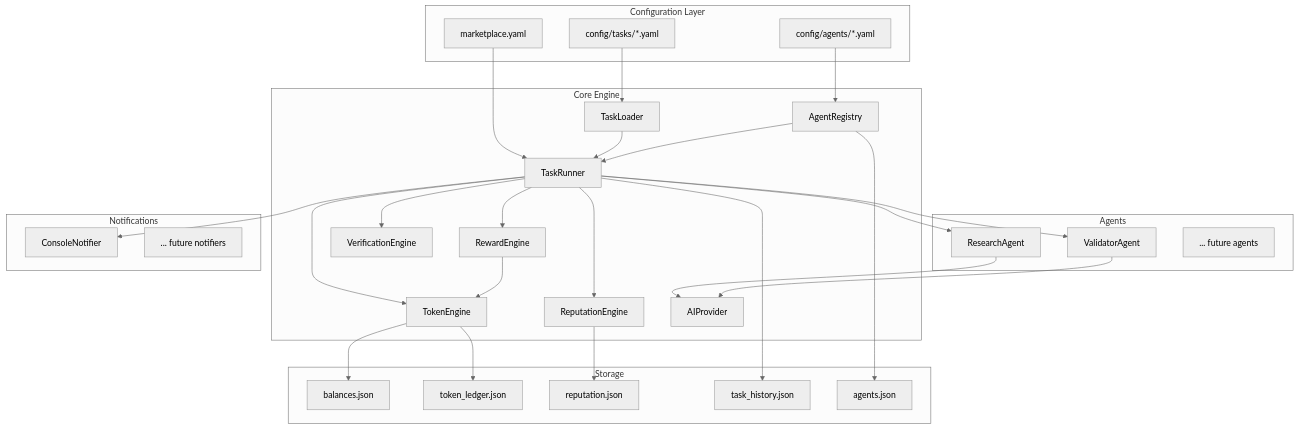
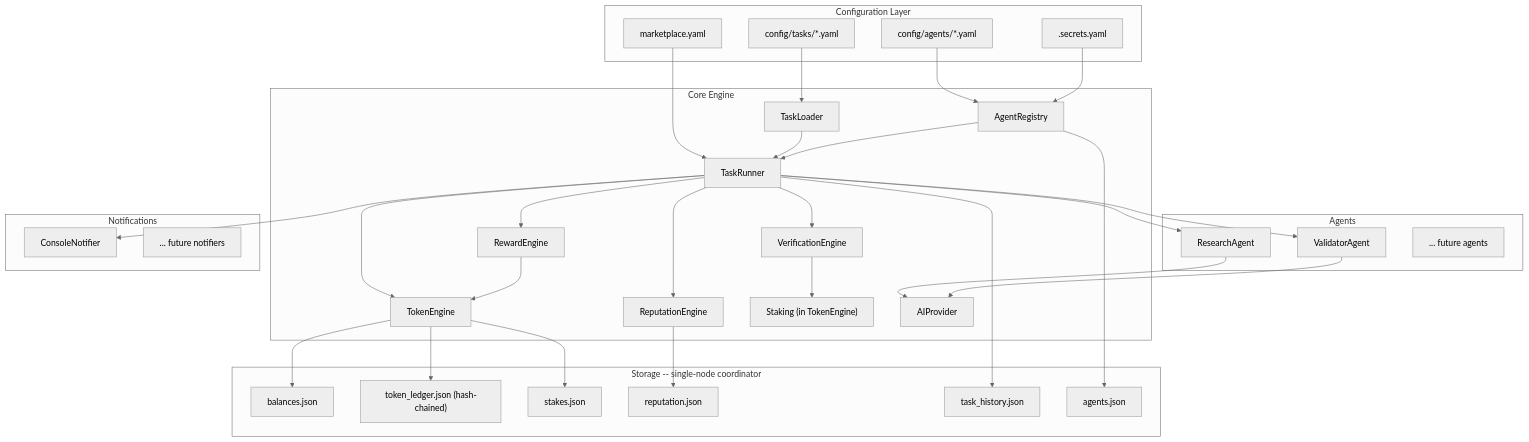
The diagram in docs/architecture.md (0110agent/agenteconomy), drawn with Mermaid (neutral theme) before and after one commit. The commit also changed other lines of this file and 8 other files, not shown here.

````diff
--- a/docs/architecture.md
+++ b/docs/architecture.md
@@ -7,63 +9,69 @@
 ```mermaid
 flowchart TD
     subgraph config [Configuration Layer]
         MktCfg["marketplace.yaml"]
         AgentCfg["config/agents/*.yaml"]
         TaskCfg["config/tasks/*.yaml"]
+        SecretsCfg[".secrets.yaml"]
     end
 
     subgraph core [Core Engine]
         TaskLoader["TaskLoader"]
         AgentRegistry["AgentRegistry"]
         TaskRunner["TaskRunner"]
         TokenEngine["TokenEngine"]
         RewardEngine["RewardEngine"]
         ReputationEngine["ReputationEngine"]
         VerificationEngine["VerificationEngine"]
+        StakingManager["Staking (in TokenEngine)"]
         AIProvider["AIProvider"]
     end
 
     subgraph executors [Agents]
         ResearchAgent["ResearchAgent"]
         ValidatorAgent["ValidatorAgent"]
         FutureAgent["... future agents"]
     end
 
     subgraph notify [Notifications]
         ConsoleNotifier["ConsoleNotifier"]
         FutureNotifier["... future notifiers"]
     end
 
-    subgraph data [Storage]
+    subgraph data [Storage -- single-node coordinator]
         Balances["balances.json"]
-        Ledger["token_ledger.json"]
+        Ledger["token_ledger.json (hash-chained)"]
+        Stakes["stakes.json"]
         Reputation["reputation.json"]
         History["task_history.json"]
         Agents["agents.json"]
     end
 
     MktCfg --> TaskRunner
     AgentCfg --> AgentRegistry
     TaskCfg --> TaskLoader
+    SecretsCfg --> AgentRegistry
 
     TaskLoader --> TaskRunner
     AgentRegistry --> TaskRunner
     TaskRunner --> TokenEngine
     TaskRunner --> RewardEngine
     TaskRunner --> VerificationEngine
     TaskRunner --> ReputationEngine
     RewardEngine --> TokenEngine
+    VerificationEngine --> StakingManager
 
     TaskRunner --> ResearchAgent
     TaskRunner --> ValidatorAgent
     ResearchAgent --> AIProvider
     ValidatorAgent --> AIProvider
 
     TaskRunner --> ConsoleNotifier
 
     TokenEngine --> Balances
     TokenEngine --> Ledger
+    TokenEngine --> Stakes
     ReputationEngine --> Reputation
     TaskRunner --> History
     AgentRegistry --> Agents
 ```
````
